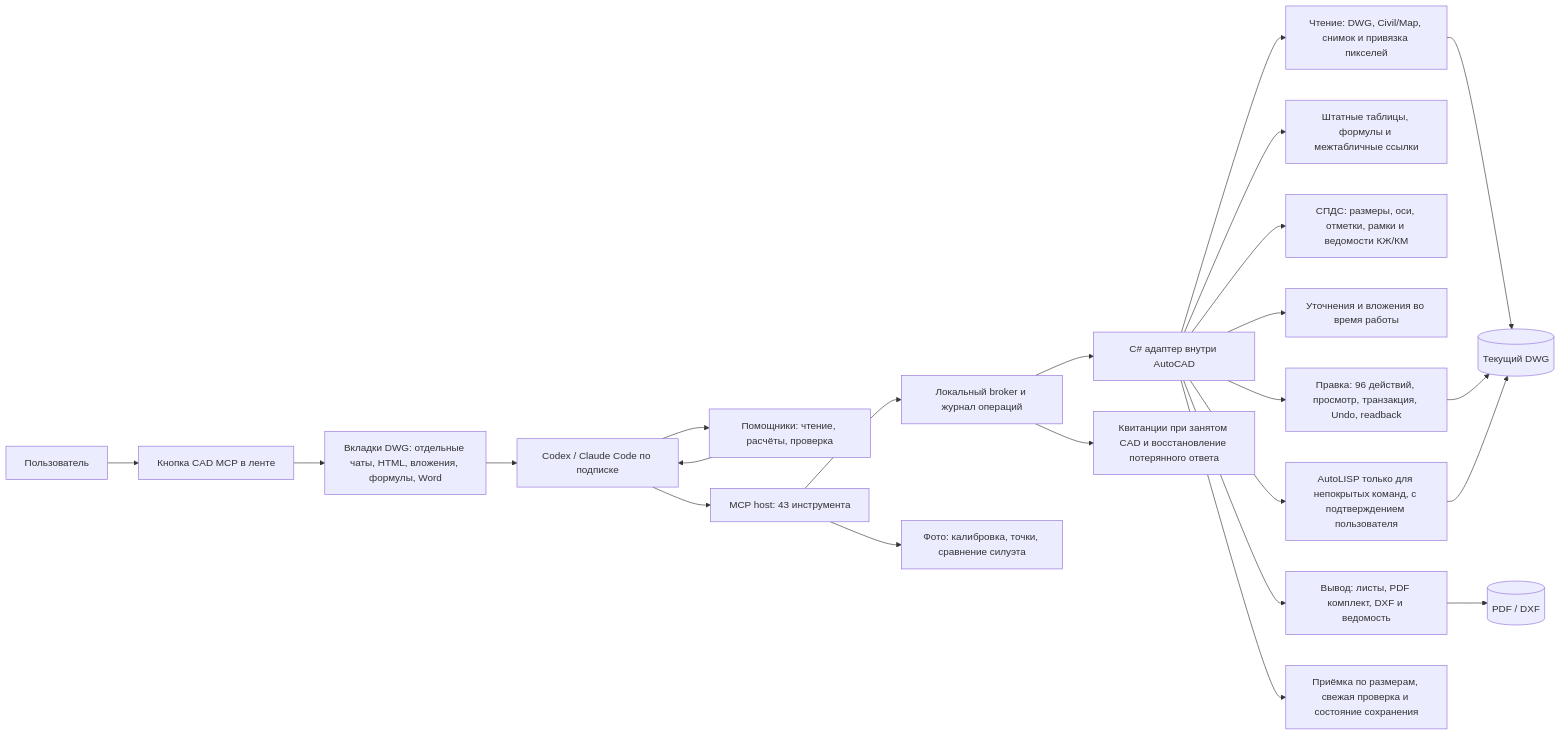
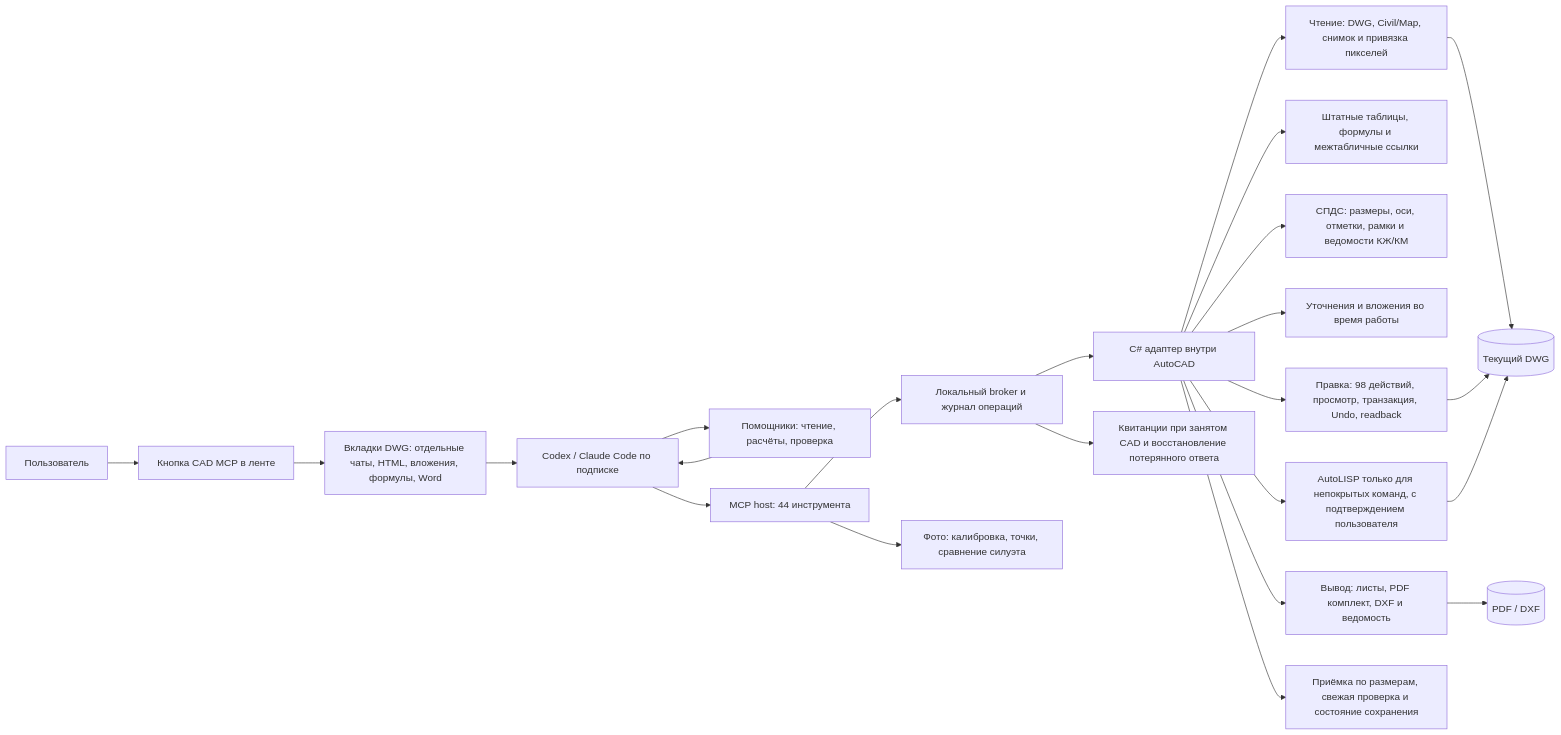
One commit to debug23win/autocad-mcp changed the diagram in docs/capabilities.md. Above: the diagram before and after it, drawn with Mermaid. The commit also changed 22 other files, not shown here.

````diff
--- a/docs/capabilities.md
+++ b/docs/capabilities.md
@@ -3,25 +3,25 @@
 ```mermaid
 flowchart LR
     U[Пользователь] --> R[Кнопка CAD MCP в ленте]
     R --> C[Вкладки DWG: отдельные чаты, HTML, вложения, формулы, Word]
     C --> P[Codex / Claude Code по подписке]
     P --> H[Помощники: чтение, расчёты, проверка]
     H --> P
-    P --> M[MCP host: 43 инструмента]
+    P --> M[MCP host: 44 инструмента]
     M --> B[Локальный broker и журнал операций]
     B --> A[C# адаптер внутри AutoCAD]
     A --> Q[Чтение: DWG, Civil/Map, снимок и привязка пикселей]
     A --> T[Штатные таблицы, формулы и межтабличные ссылки]
     A --> G[СПДС: размеры, оси, отметки, рамки и ведомости КЖ/КМ]
     A --> S[Уточнения и вложения во время работы]
-    A --> E[Правка: 96 действий, просмотр, транзакция, Undo, readback]
+    A --> E[Правка: 98 действий, просмотр, транзакция, Undo, readback]
     A --> X[Вывод: листы, PDF комплект, DXF и ведомость]
     A --> F[AutoLISP только для непокрытых команд, с подтверждением пользователя]
     M --> V[Фото: калибровка, точки, сравнение силуэта]
     A --> K[Приёмка по размерам, свежая проверка и состояние сохранения]
     B --> J[Квитанции при занятом CAD и восстановление потерянного ответа]
     Q --> D[(Текущий DWG)]
     E --> D
     X --> O[(PDF / DXF)]
     F --> D
 ```
````
